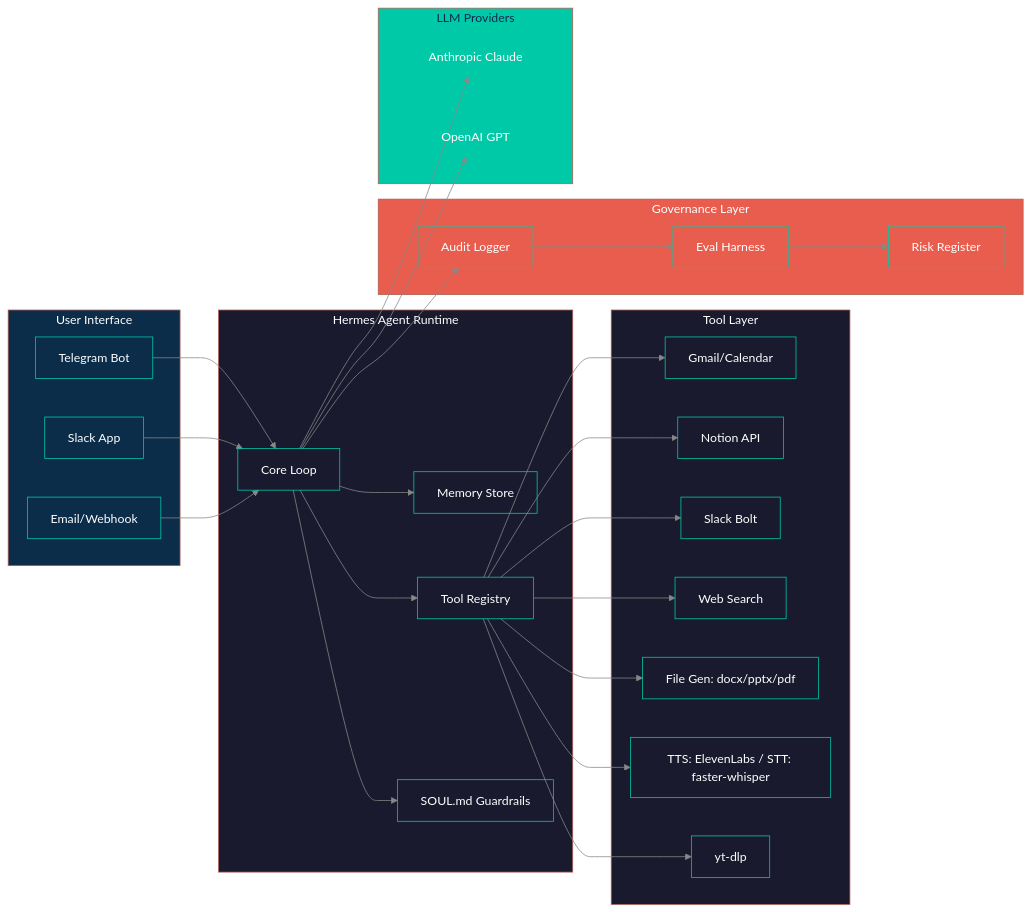
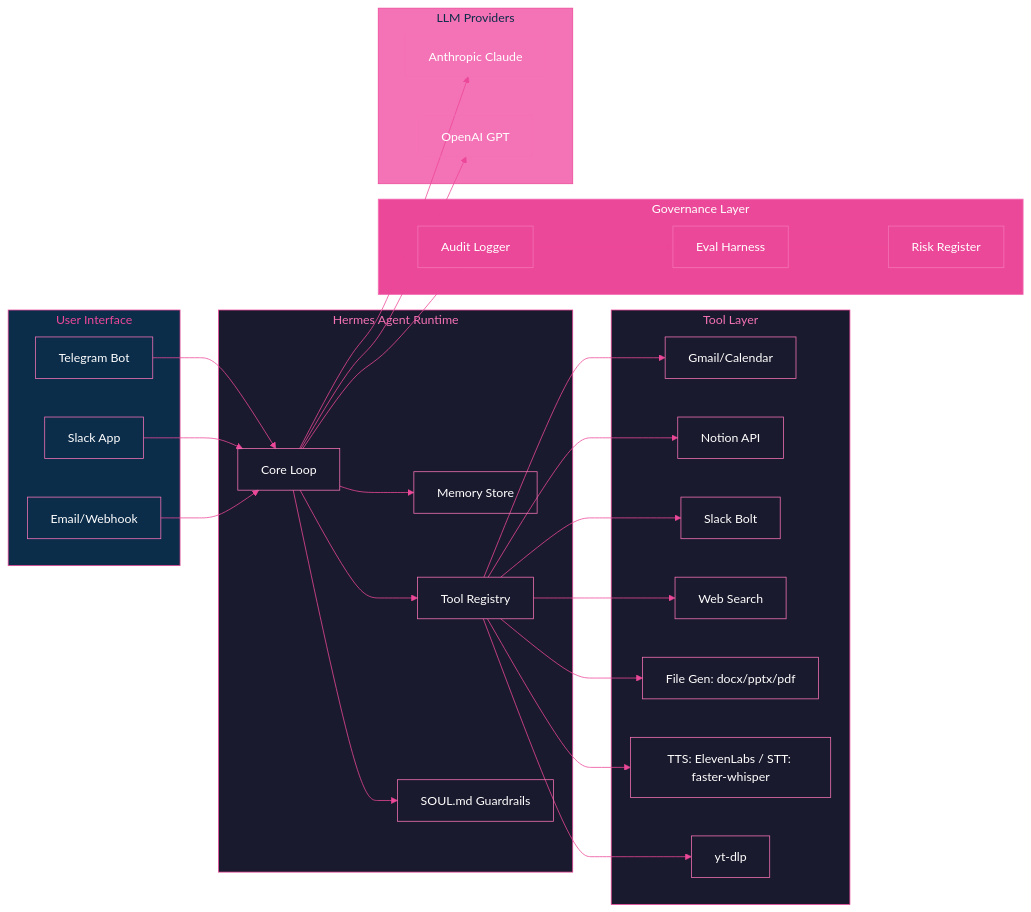
One commit to testaiprojects1-sketch/mavis-showcase changed the diagram in diagrams/system-overview.mermaid. Above: the diagram before and after it, drawn with Mermaid. The commit also changed 5 other files, not shown here.

Commit message:
feat: pink/tech aesthetic theme for diagrams and badges

```diff
--- a/diagrams/system-overview.mermaid
+++ b/diagrams/system-overview.mermaid
@@ -1,67 +1,67 @@
 %%{init: {'theme': 'base', 'themeVariables': {
-  'primaryColor': '#0B2D4A',
+  'primaryColor': '#EC4899',
   'primaryTextColor': '#fff',
-  'primaryBorderColor': '#00C9A7',
-  'lineColor': '#888',
-  'secondaryColor': '#1A1A2E',
-  'tertiaryColor': '#E85D4D',
+  'primaryBorderColor': '#F472B6',
+  'lineColor': '#EC4899',
+  'secondaryColor': '#0B2D4A',
+  'tertiaryColor': '#1A1A2E',
   'background': 'transparent',
   'mainBkg': 'transparent',
   'secondBkg': 'transparent',
   'tertiaryBkg': 'transparent'
 }}}%%
 flowchart LR
     subgraph Interface[User Interface]
         TG[Telegram Bot]
         SL[Slack App]
         EM[Email/Webhook]
     end
     subgraph Runtime[Hermes Agent Runtime]
         Core[Core Loop]
         Mem[Memory Store]
         Tool[Tool Registry]
         Soul[SOUL.md Guardrails]
     end
     subgraph Tools[Tool Layer]
         Gmail[Gmail/Calendar]
         Notion[Notion API]
         Slack[Slack Bolt]
         Web[Web Search]
         Files[File Gen: docx/pptx/pdf]
         Voice[TTS: ElevenLabs / STT: faster-whisper]
         Video[yt-dlp]
     end
     subgraph Governance[Governance Layer]
         Audit[Audit Logger]
         Eval[Eval Harness]
         Risk[Risk Register]
     end
     subgraph LLM[LLM Providers]
         Anthropic[Anthropic Claude]
         OpenAI[OpenAI GPT]
     end
 
     TG --> Core
     SL --> Core
     EM --> Core
     Core --> Mem
     Core --> Tool
     Core --> Soul
     Tool --> Gmail
     Tool --> Notion
     Tool --> Slack
     Tool --> Web
     Tool --> Files
     Tool --> Voice
     Tool --> Video
     Core --> Anthropic
     Core --> OpenAI
     Core --> Audit
     Audit --> Eval
     Eval --> Risk
 
-    style Interface fill:#0B2D4A,color:#fff
-    style Runtime fill:#1A1A2E,color:#fff
-    style Tools fill:#1A1A2E,color:#fff
-    style Governance fill:#E85D4D,color:#fff
-    style LLM fill:#00C9A7,color:#0B2D4A
+    style Interface fill:#0B2D4A,color:#EC4899,stroke:#EC4899
+    style Runtime fill:#1A1A2E,color:#F472B6,stroke:#EC4899
+    style Tools fill:#1A1A2E,color:#F472B6,stroke:#EC4899
+    style Governance fill:#EC4899,color:#fff,stroke:#F472B6
+    style LLM fill:#F472B6,color:#0B2D4A,stroke:#EC4899
```
